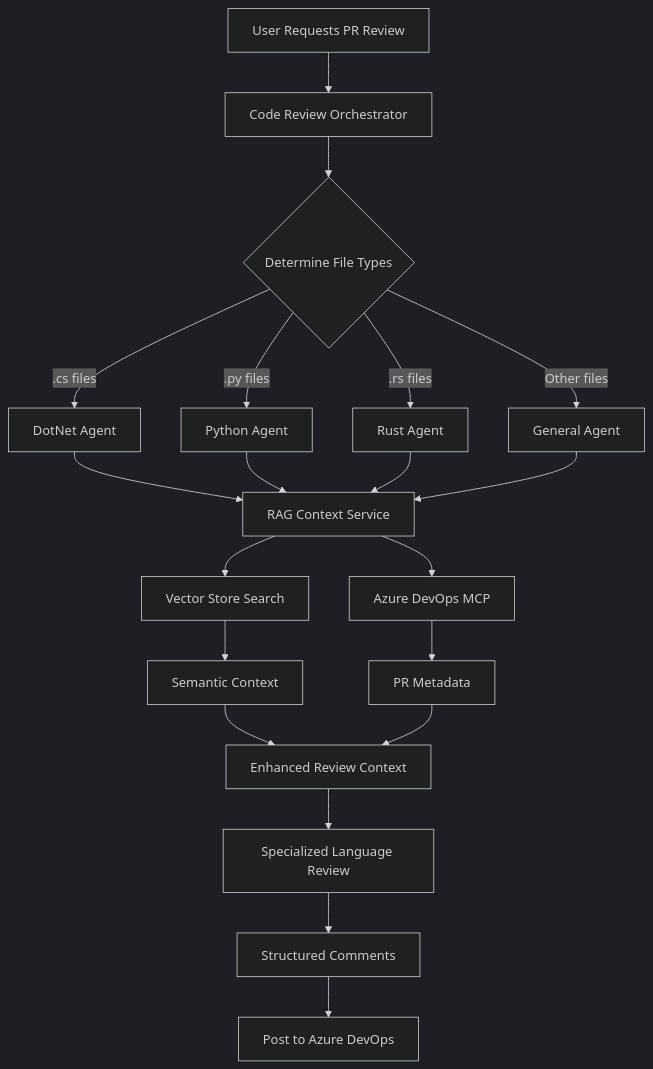
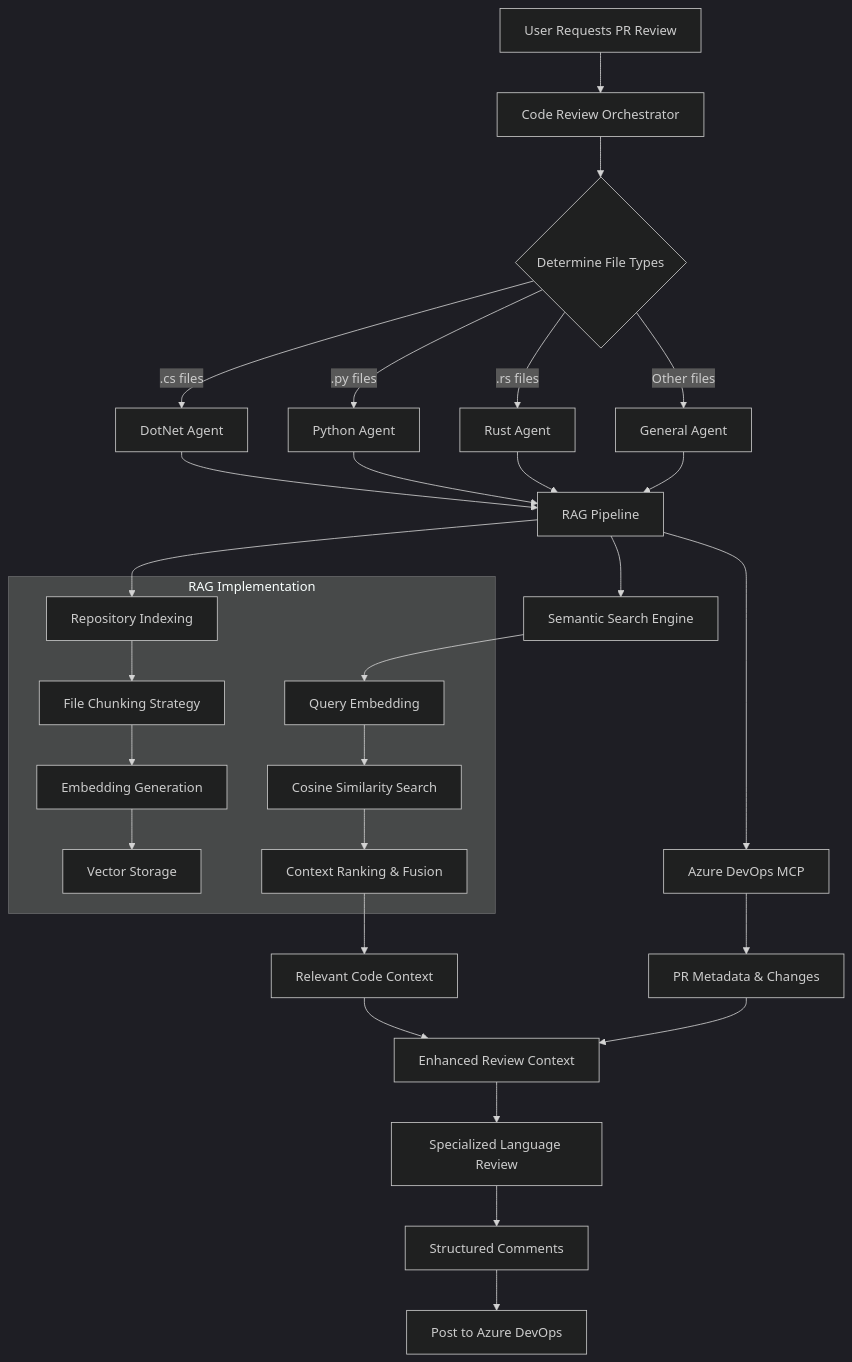
One commit to elaexplorer/AICodeReviewAgent changed the first of 2 diagrams in mediumarticle-buildingAIAgent.md. Above: the diagram before and after it, drawn with Mermaid (dark theme). The commit also changed other lines of this file and 57 other files, not shown here.

Commit message:
Add runtime chat config flow and improve review reliability

````diff
--- a/mediumarticle-buildingAIAgent.md
+++ b/mediumarticle-buildingAIAgent.md
@@ -17,28 +66,47 @@
 ```mermaid
 flowchart TD
     A[User Requests PR Review] --> B[Code Review Orchestrator]
     B --> C{Determine File Types}
     
     C -->|.cs files| D[DotNet Agent]
     C -->|.py files| E[Python Agent] 
     C -->|.rs files| F[Rust Agent]
     C -->|Other files| G[General Agent]
     
-    D --> H[RAG Context Service]
+    D --> H[RAG Pipeline]
     E --> H
     F --> H
     G --> H
     
-    H --> I[Vector Store Search]
+    H --> H1[Repository Indexing]
+    H1 --> H2[File Chunking Strategy]
+    H2 --> H3[Embedding Generation]
+    H3 --> H4[Vector Storage]
+    
+    H --> I[Semantic Search Engine]
+    I --> I1[Query Embedding]
+    I1 --> I2[Cosine Similarity Search]
+    I2 --> I3[Context Ranking & Fusion]
+    
     H --> J[Azure DevOps MCP]
     
-    I --> K[Semantic Context]
-    J --> L[PR Metadata]
+    I3 --> K[Relevant Code Context]
+    J --> L[PR Metadata & Changes]
     
     K --> M[Enhanced Review Context]
     L --> M
     
     M --> N[Specialized Language Review]
     N --> O[Structured Comments]
     O --> P[Post to Azure DevOps]
+    
+    subgraph RAG Implementation
+        H1
+        H2  
+        H3
+        H4
+        I1
+        I2
+        I3
+    end
 ```
````
